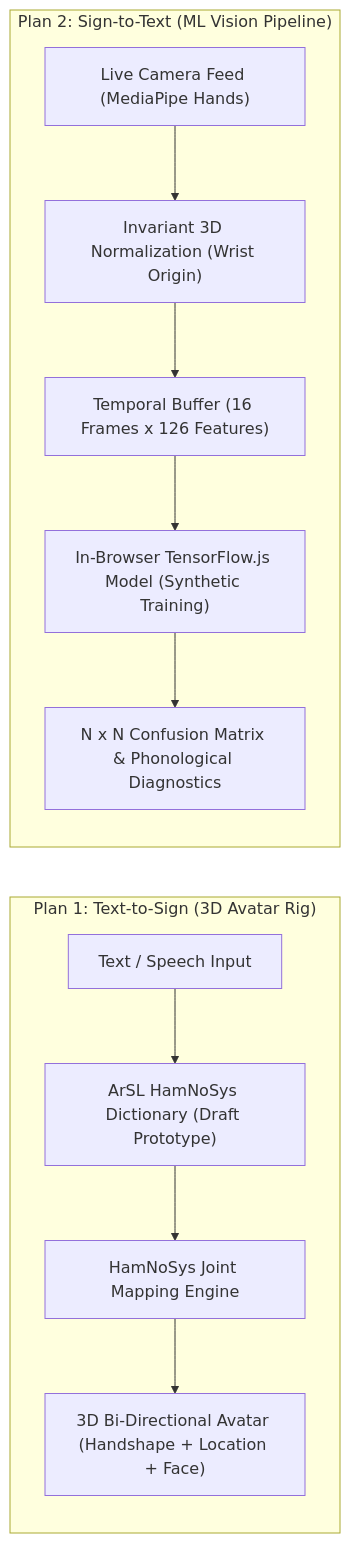
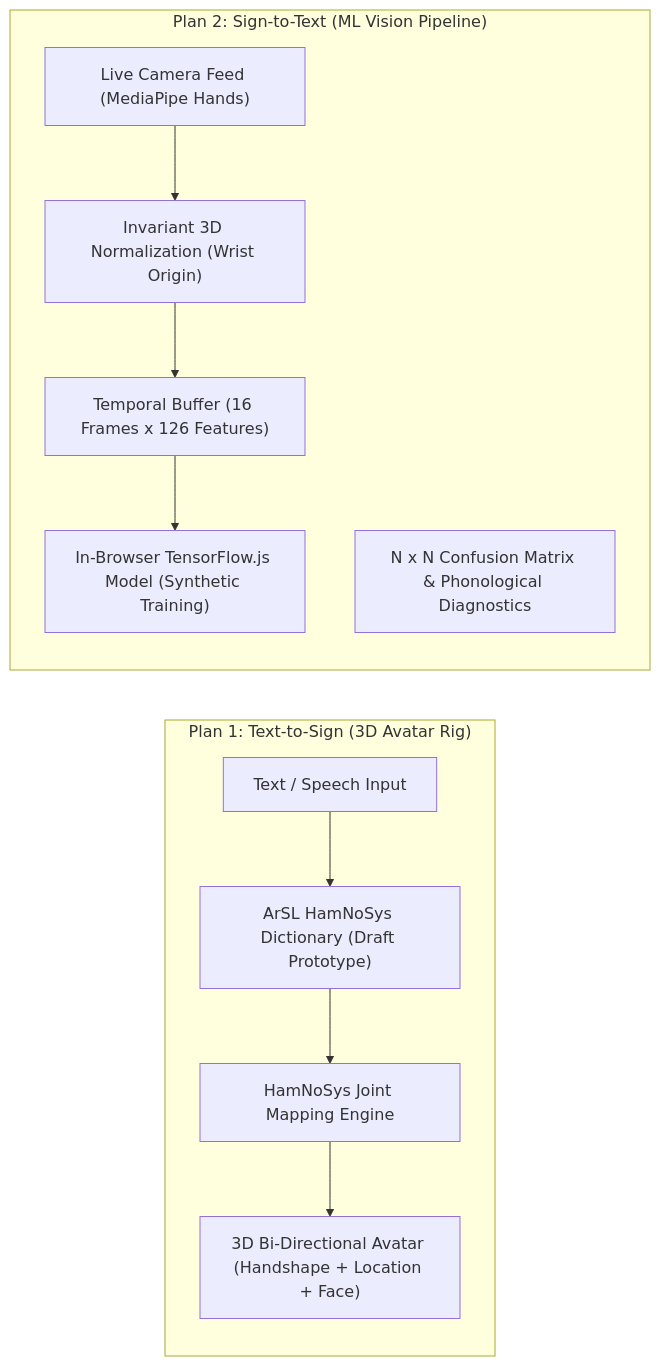
One commit to Mahmoud-Hashim-pro/cognify-production changed the diagram in docs/PROOF_PACK_EXECUTIVE_DOSSIER.md. Above: the diagram before and after it, drawn with Mermaid. The commit also changed other lines of this file and 15 other files, not shown here.

Commit message:
docs: enrich architecture, security, privacy, and database schema documentation

````diff
--- a/docs/PROOF_PACK_EXECUTIVE_DOSSIER.md
+++ b/docs/PROOF_PACK_EXECUTIVE_DOSSIER.md
@@ -29,14 +30,14 @@
 ```mermaid
 flowchart LR
     subgraph Plan1["Plan 1: Text-to-Sign (3D Avatar Rig)"]
         T["Text / Speech Input"] --> D["ArSL HamNoSys Dictionary (Draft Prototype)"]
         D --> H["HamNoSys Joint Mapping Engine"]
         H --> A["3D Bi-Directional Avatar (Handshape + Location + Face)"]
     end
     subgraph Plan2["Plan 2: Sign-to-Text (ML Vision Pipeline)"]
         C["Live Camera Feed (MediaPipe Hands)"] --> N["Invariant 3D Normalization (Wrist Origin)"]
         N --> B["Temporal Buffer (16 Frames x 126 Features)"]
         B --> M["In-Browser TensorFlow.js Model (Synthetic Training)"]
-        M --> Conf["N x N Confusion Matrix & Phonological Diagnostics"]
+        Conf["N x N Confusion Matrix & Phonological Diagnostics"]
     end
 ```
````
